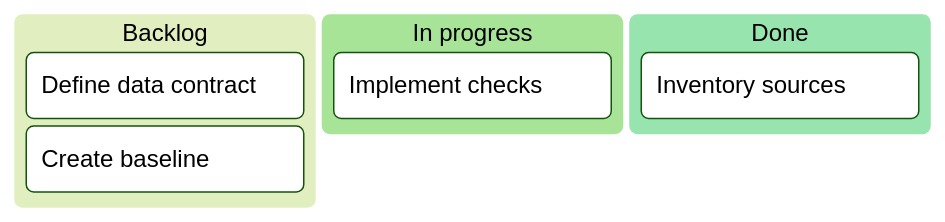
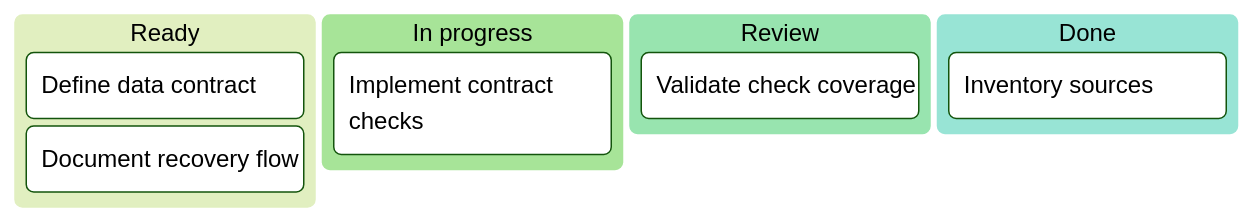
The first of 2 diagrams in src/rulesync/.rulesync/skills/mols-mermaid-diagram/references/examples/kanban.md (mols3131d/mols-agent-assets), drawn with Mermaid (forest theme) before and after one commit. The commit also changed other lines of this file and 27 other files, not shown here.

Commit message:
docs(mermaid): diagram examples 단계별 고도화

````diff
--- a/src/rulesync/.rulesync/skills/mols-mermaid-diagram/references/examples/kanban.md
+++ b/src/rulesync/.rulesync/skills/mols-mermaid-diagram/references/examples/kanban.md
@@ -7,10 +13,12 @@
 ```mermaid
 kanban
-    backlog[Backlog]
+    ready[Ready]
         contract[Define data contract]
-        baseline[Create baseline]
+        recovery[Document recovery flow]
     active[In progress]
-        checks[Implement checks]
+        checks[Implement contract checks]
+    review[Review]
+        coverage[Validate check coverage]
     done[Done]
         inventory[Inventory sources]
 ```
````
